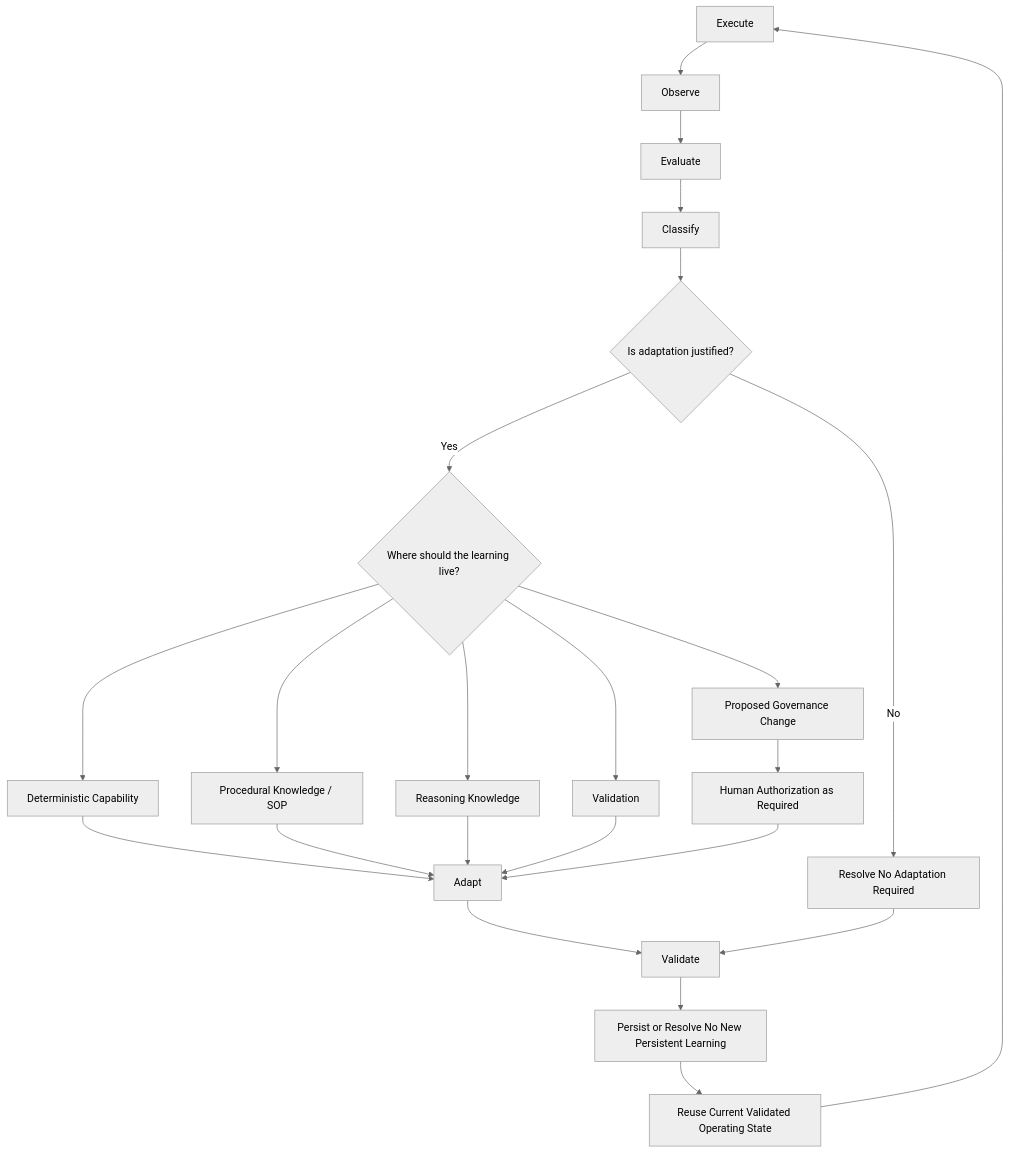
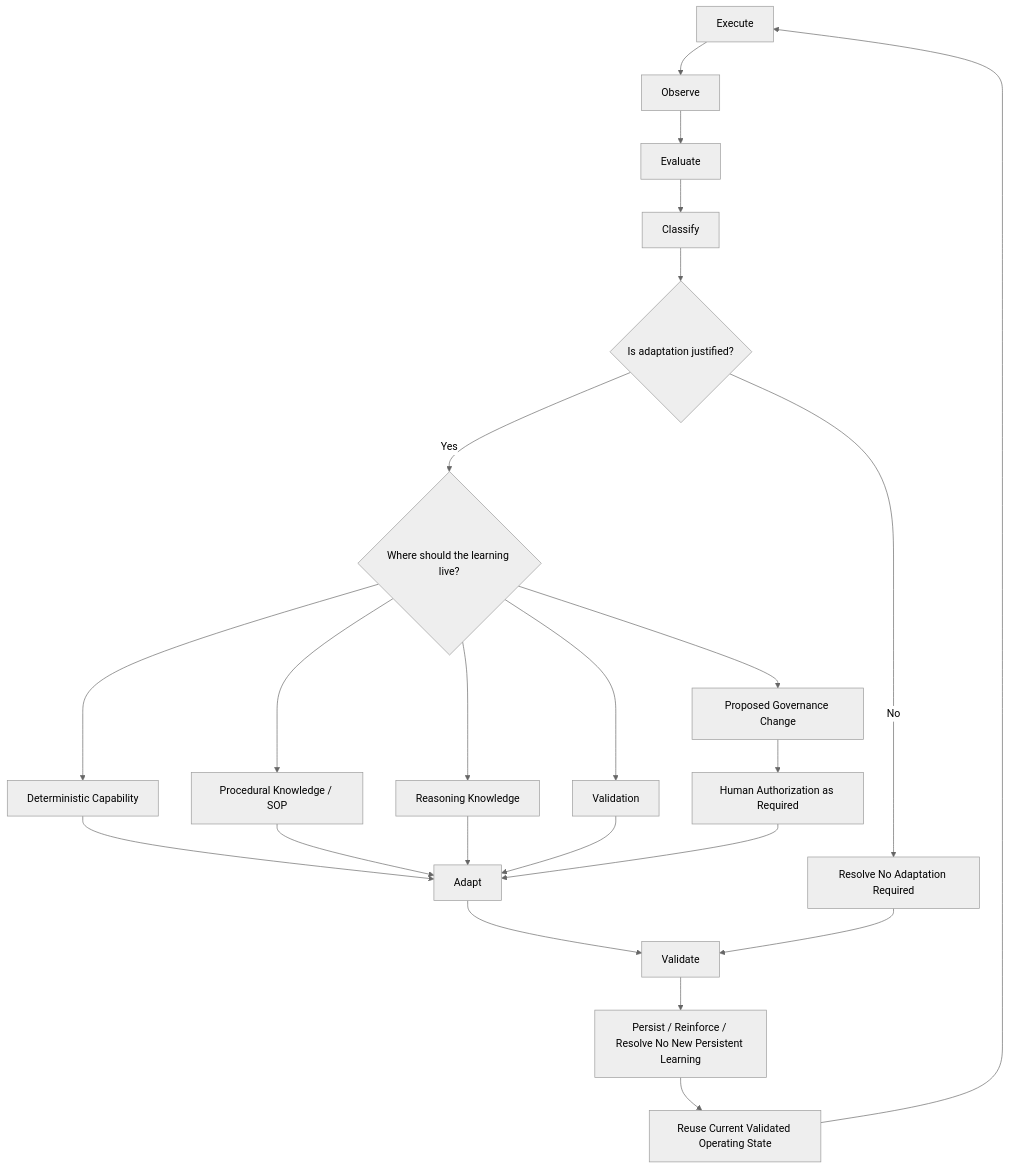
The diagram in docs/architecture/learning-view.md (infoconex/ai-flywheel), drawn with Mermaid (neutral theme) before and after one commit. The commit also changed 13 other files, not shown here.

````diff
--- a/docs/architecture/learning-view.md
+++ b/docs/architecture/learning-view.md
@@ -7,29 +7,29 @@
 ```mermaid
 flowchart TD
     X[Execute] --> O[Observe]
     O --> E[Evaluate]
     E --> C[Classify]
     C --> A{Is adaptation justified?}
 
     A -->|Yes| Q{Where should the learning live?}
     A -->|No| N[Resolve No Adaptation Required]
 
     Q --> D[Deterministic Capability]
     Q --> S[Procedural Knowledge / SOP]
     Q --> R[Reasoning Knowledge]
     Q --> V1[Validation]
     Q --> G[Proposed Governance Change]
 
     D --> AD[Adapt]
     S --> AD
     R --> AD
     V1 --> AD
     G --> H[Human Authorization as Required]
     H --> AD
 
     AD --> V[Validate]
     N --> V
-    V --> P[Persist or Resolve No New Persistent Learning]
+    V --> P[Persist / Reinforce / Resolve No New Persistent Learning]
     P --> U[Reuse Current Validated Operating State]
     U --> X
 ```
````
